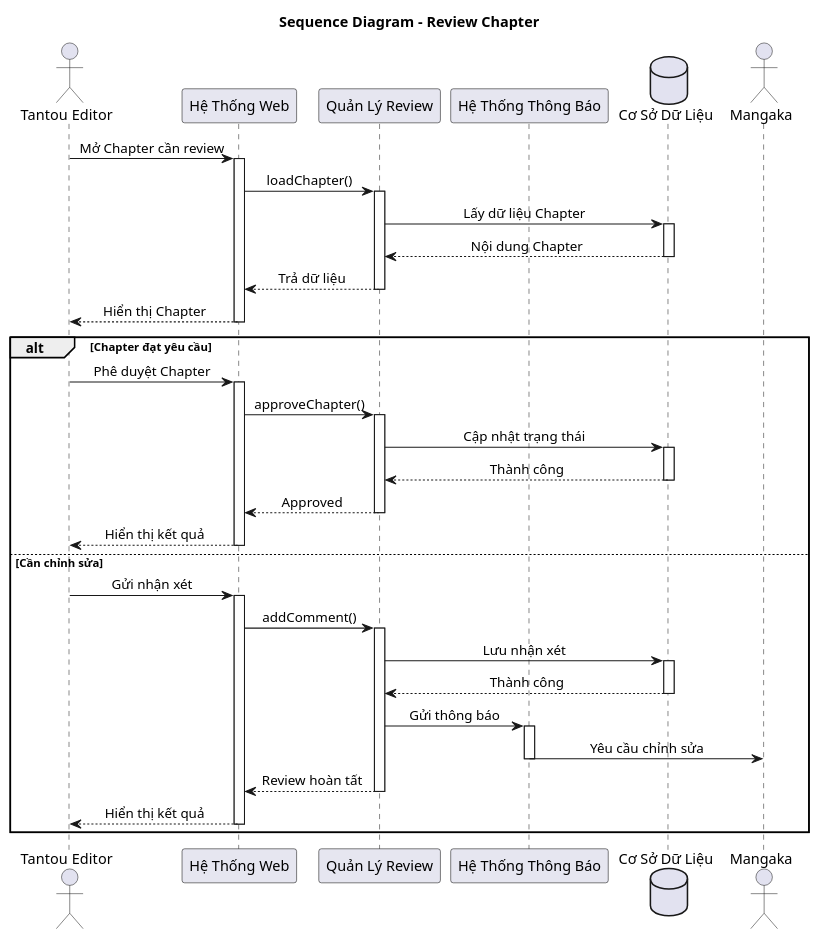
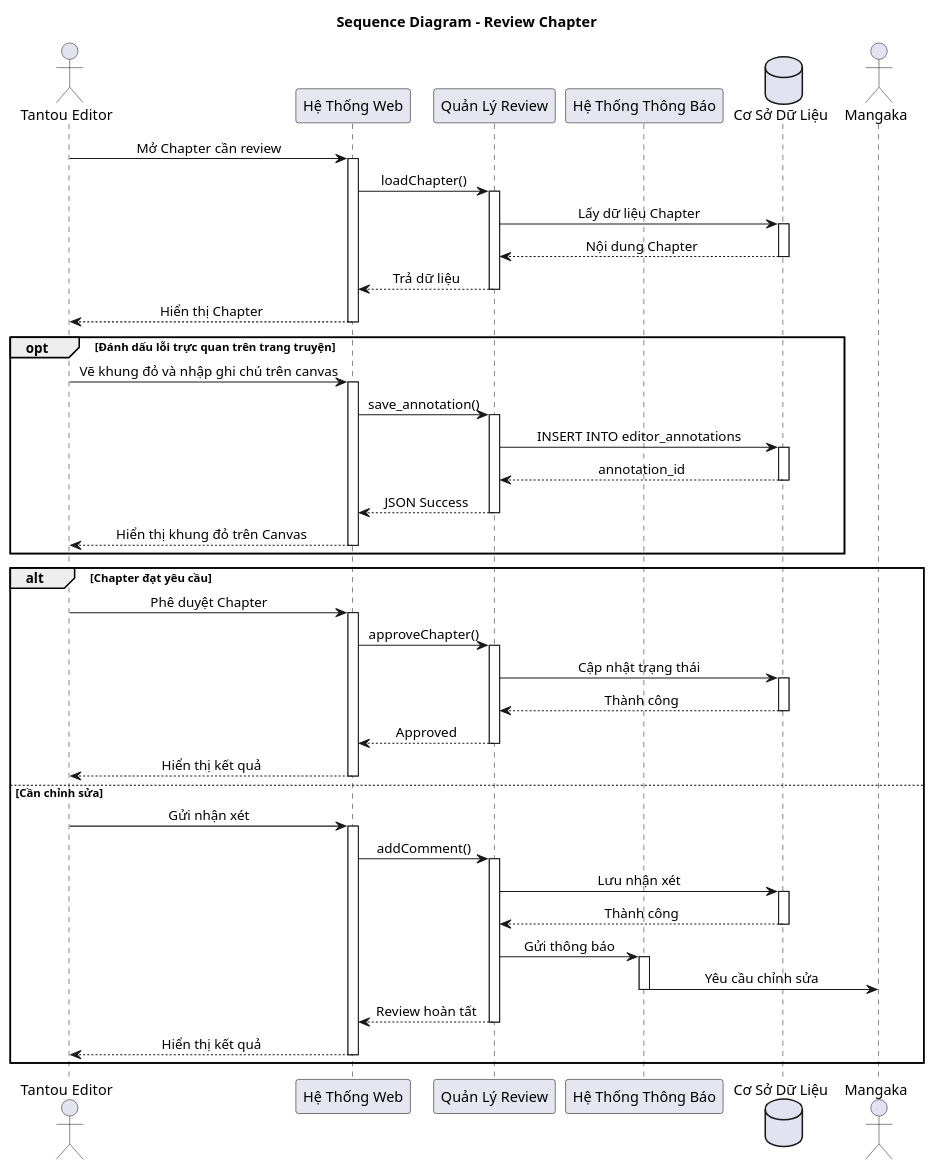
The diagram in UML/sequence_diagram_review_chapter.puml (trongtan0079/manga-workflow-report), drawn with PlantUML before and after one commit. The commit also changed 14 other files, not shown here.

Commit message:
docs(uml): cap nhat va them moi cac so do UML nguon (.puml)

```diff
--- a/UML/sequence_diagram_review_chapter.puml
+++ b/UML/sequence_diagram_review_chapter.puml
@@ -1,81 +1,96 @@
 @startuml
 
 skinparam Shadowing false
 skinparam ParticipantBackgroundColor #E6E6F0
 skinparam ParticipantBorderColor Black
 skinparam SequenceMessageAlign center
 
 title Sequence Diagram - Review Chapter
 
 actor "Tantou Editor" as Editor
 participant "Hệ Thống Web" as Web
 participant "Quản Lý Review" as ReviewManager
 participant "Hệ Thống Thông Báo" as Notification
 database "Cơ Sở Dữ Liệu" as DB
 actor Mangaka
 
 Editor -> Web : Mở Chapter cần review
 activate Web
 
 Web -> ReviewManager : loadChapter()
 activate ReviewManager
 
 ReviewManager -> DB : Lấy dữ liệu Chapter
 activate DB
 DB --> ReviewManager : Nội dung Chapter
 deactivate DB
 
 ReviewManager --> Web : Trả dữ liệu
 deactivate ReviewManager
 
 Web --> Editor : Hiển thị Chapter
 deactivate Web
+
+opt Đánh dấu lỗi trực quan trên trang truyện
+    Editor -> Web : Vẽ khung đỏ và nhập ghi chú trên canvas
+    activate Web
+    Web -> ReviewManager : save_annotation()
+    activate ReviewManager
+    ReviewManager -> DB : INSERT INTO editor_annotations
+    activate DB
+    DB --> ReviewManager : annotation_id
+    deactivate DB
+    ReviewManager --> Web : JSON Success
+    deactivate ReviewManager
+    Web --> Editor : Hiển thị khung đỏ trên Canvas
+    deactivate Web
+end
 
 alt Chapter đạt yêu cầu
 
     Editor -> Web : Phê duyệt Chapter
     activate Web
 
     Web -> ReviewManager : approveChapter()
     activate ReviewManager
 
     ReviewManager -> DB : Cập nhật trạng thái
     activate DB
     DB --> ReviewManager : Thành công
     deactivate DB
 
     ReviewManager --> Web : Approved
     deactivate ReviewManager
 
     Web --> Editor : Hiển thị kết quả
     deactivate Web
 
 else Cần chỉnh sửa
 
     Editor -> Web : Gửi nhận xét
     activate Web
 
     Web -> ReviewManager : addComment()
     activate ReviewManager
 
     ReviewManager -> DB : Lưu nhận xét
     activate DB
     DB --> ReviewManager : Thành công
     deactivate DB
 
     ReviewManager -> Notification : Gửi thông báo
     activate Notification
 
     Notification -> Mangaka : Yêu cầu chỉnh sửa
 
     deactivate Notification
 
     ReviewManager --> Web : Review hoàn tất
     deactivate ReviewManager
 
     Web --> Editor : Hiển thị kết quả
     deactivate Web
 
 end
 
 @enduml
```
